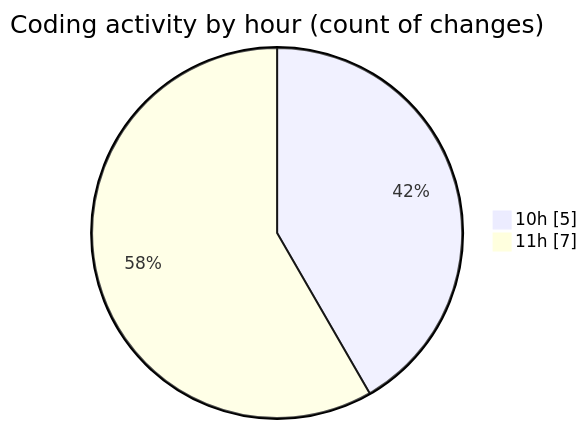
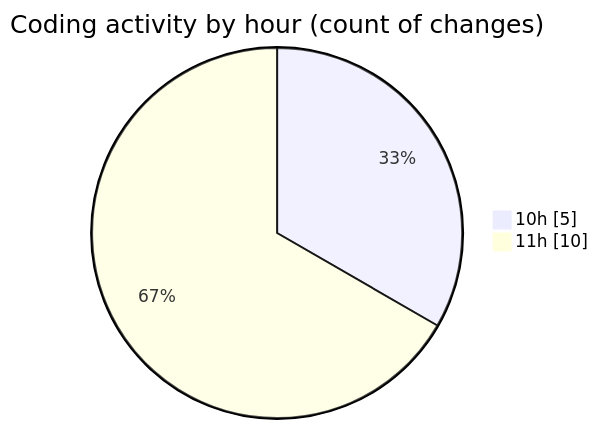
One commit to LanceThiago/code-tracking changed the second of 2 diagrams in 2025-01-24/web/README.md. Above: the diagram before and after it, drawn with Mermaid. The commit also changed other lines of this file and 1 other file, not shown here.

````diff
--- a/2025-01-24/web/README.md
+++ b/2025-01-24/web/README.md
@@ -28,6 +28,6 @@
 ```mermaid
 pie showData
 title Coding activity by hour (count of changes)
 "10h" : 5
-"11h" : 7
+"11h" : 10
 ```
````
